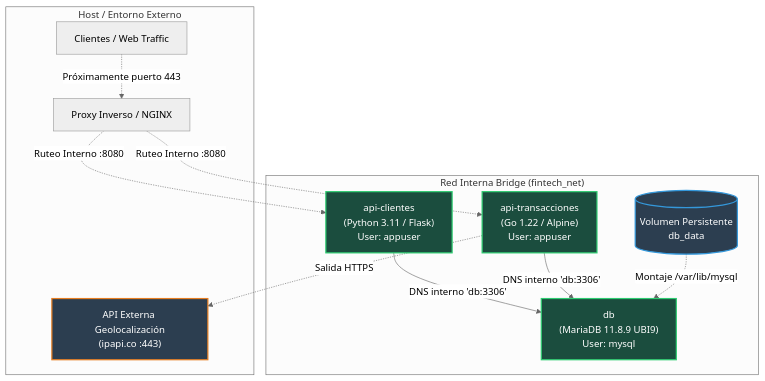
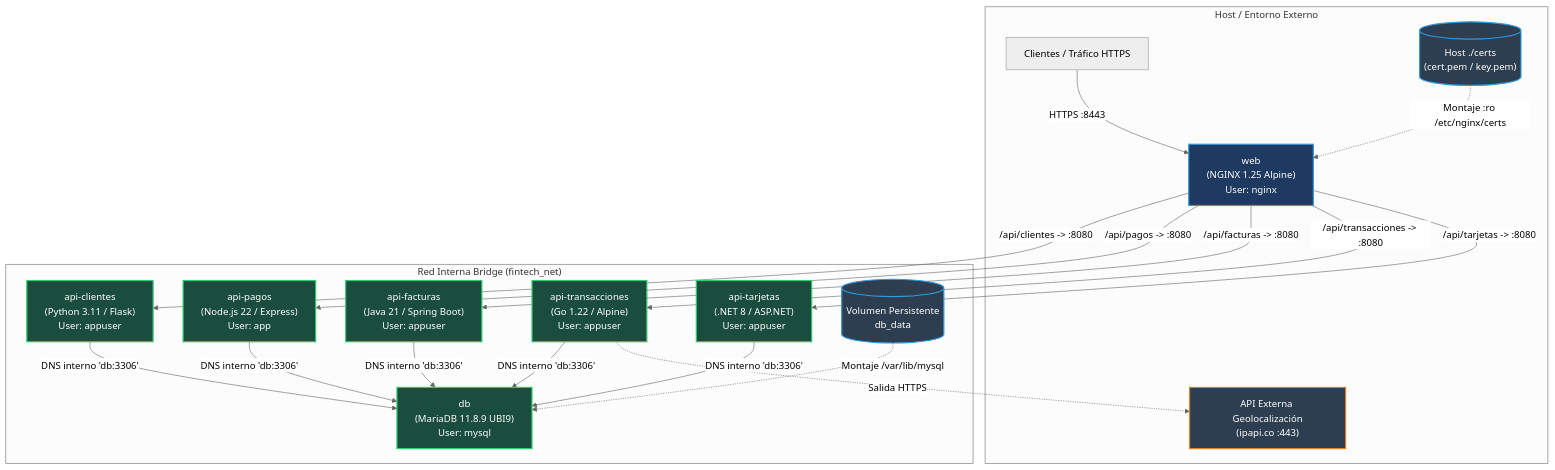
The diagram in README.md (agusgut0/fintech-nova), drawn with Mermaid (neutral theme) before and after one commit. The commit also changed other lines of this file, not shown here.

````diff
--- a/README.md
+++ b/README.md
@@ -41,25 +48,34 @@
 ```mermaid
 flowchart TD
     subgraph Host [" Host / Entorno Externo "]
-        User[Clientes / Web Traffic] -.->|Próximamente puerto 443| Nginx[Proxy Inverso / NGINX]
+        User["Clientes / Tráfico HTTPS"] -->|HTTPS :8443| Nginx["web<br/>(NGINX 1.25 Alpine)<br/>User: nginx"]
+        Certs[("Host ./certs<br/>(cert.pem / key.pem)")] -.->|Montaje :ro /etc/nginx/certs| Nginx
         GeoAPI["API Externa Geolocalización<br/>(ipapi.co :443)"]
     end
 
     subgraph InternalNet [" Red Interna Bridge (fintech_net) "]
-        Nginx -.->|Ruteo Interno :8080| Clientes["api-clientes<br/>(Python 3.11 / Flask)<br/>User: appuser"]
-        Nginx -.->|Ruteo Interno :8080| Transacciones["api-transacciones<br/>(Go 1.22 / Alpine)<br/>User: appuser"]
+        Nginx -->|/api/clientes -> :8080| Clientes["api-clientes<br/>(Python 3.11 / Flask)<br/>User: appuser"]
+        Nginx -->|/api/pagos -> :8080| Pagos["api-pagos<br/>(Node.js 22 / Express)<br/>User: app"]
+        Nginx -->|/api/facturas -> :8080| Facturas["api-facturas<br/>(Java 21 / Spring Boot)<br/>User: appuser"]
+        Nginx -->|/api/transacciones -> :8080| Transacciones["api-transacciones<br/>(Go 1.22 / Alpine)<br/>User: appuser"]
+        Nginx -->|/api/tarjetas -> :8080| Tarjetas["api-tarjetas<br/>(.NET 8 / ASP.NET)<br/>User: appuser"]
         
         Clientes -->|DNS interno 'db:3306'| DB["db<br/>(MariaDB 11.8.9 UBI9)<br/>User: mysql"]
+        Pagos -->|DNS interno 'db:3306'| DB
+        Facturas -->|DNS interno 'db:3306'| DB
         Transacciones -->|DNS interno 'db:3306'| DB
+        Tarjetas -->|DNS interno 'db:3306'| DB
         Transacciones -.->|Salida HTTPS| GeoAPI
         
         Vol[(Volumen Persistente<br/>db_data)] -.->|Montaje /var/lib/mysql| DB
     end
 
     classDef secured fill:#1b4d3e,stroke:#2ecc71,stroke-width:2px,color:#fff;
+    classDef gateway fill:#1f3a60,stroke:#3498db,stroke-width:2px,color:#fff;
     classDef storage fill:#2c3e50,stroke:#3498db,stroke-width:2px,color:#fff;
     classDef external fill:#2c3e50,stroke:#e67e22,stroke-width:2px,color:#fff;
-    class Clientes,Transacciones,DB secured;
-    class Vol storage;
+    class Clientes,Pagos,Facturas,Transacciones,Tarjetas,DB secured;
+    class Nginx gateway;
+    class Vol,Certs storage;
     class GeoAPI external;
 ```
````
